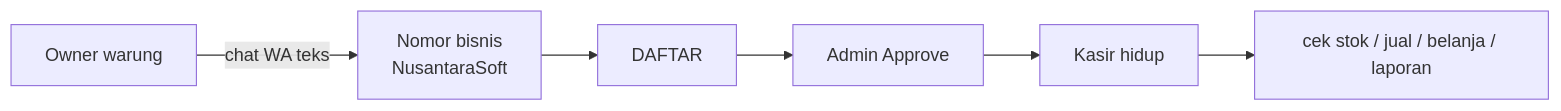
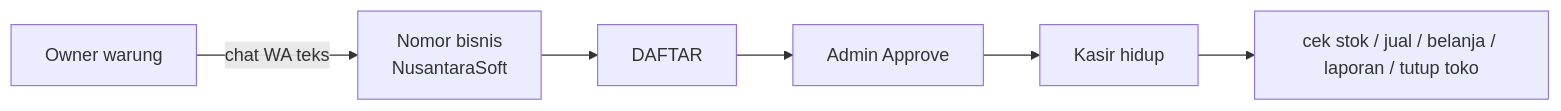
The diagram in diagrams/aistudio/umkm-wa/business/L0-bisnis-besar.mmd (nusantarasoft/juragan-aibuilder-cup), drawn with Mermaid before and after one commit. The commit also changed 26 other files, not shown here.

First line of the commit message:
docs(umkm-wa): sync ladder diagrams and require docs with code changes

```diff
--- a/diagrams/aistudio/umkm-wa/business/L0-bisnis-besar.mmd
+++ b/diagrams/aistudio/umkm-wa/business/L0-bisnis-besar.mmd
@@ -1,6 +1,6 @@
 flowchart LR
   O[Owner warung] -->|chat WA teks| N[Nomor bisnis<br/>NusantaraSoft]
   N --> D[DAFTAR]
   D --> A[Admin Approve]
   A --> K[Kasir hidup]
-  K --> S[cek stok / jual / belanja / laporan]
+  K --> S[cek stok / jual / belanja / laporan / tutup toko]
```
